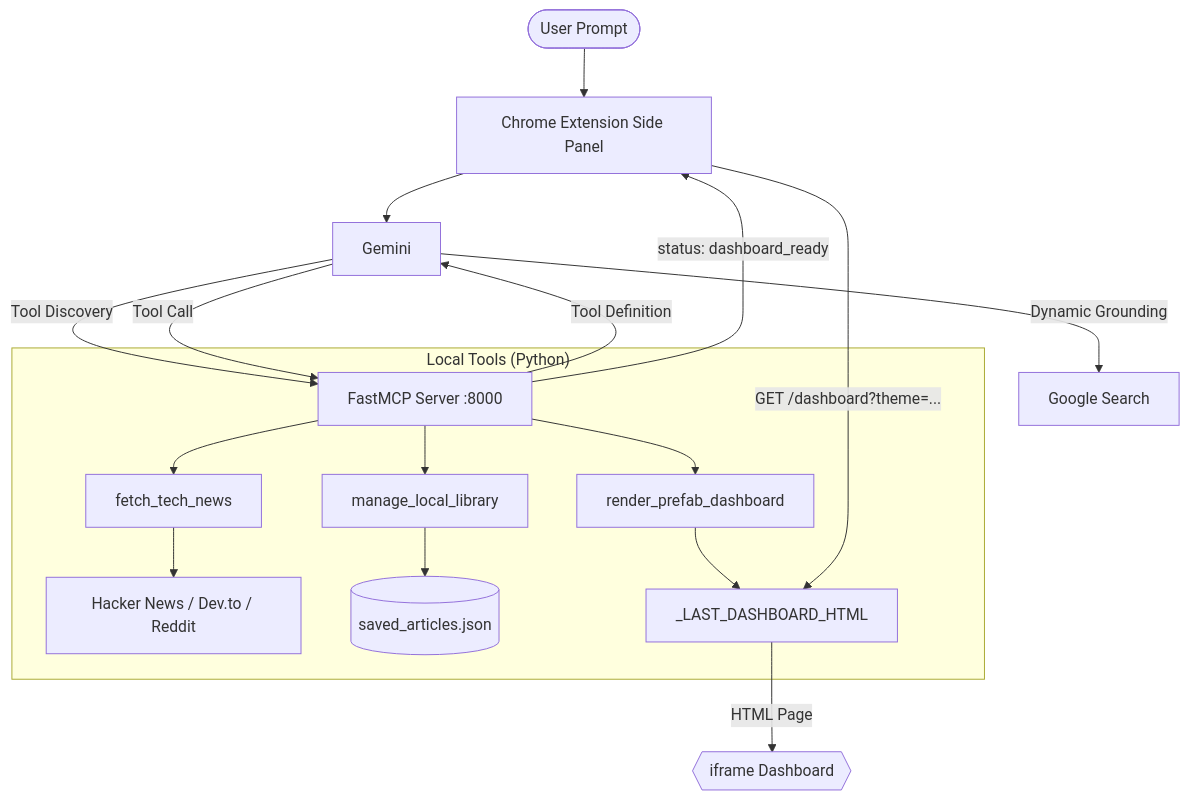
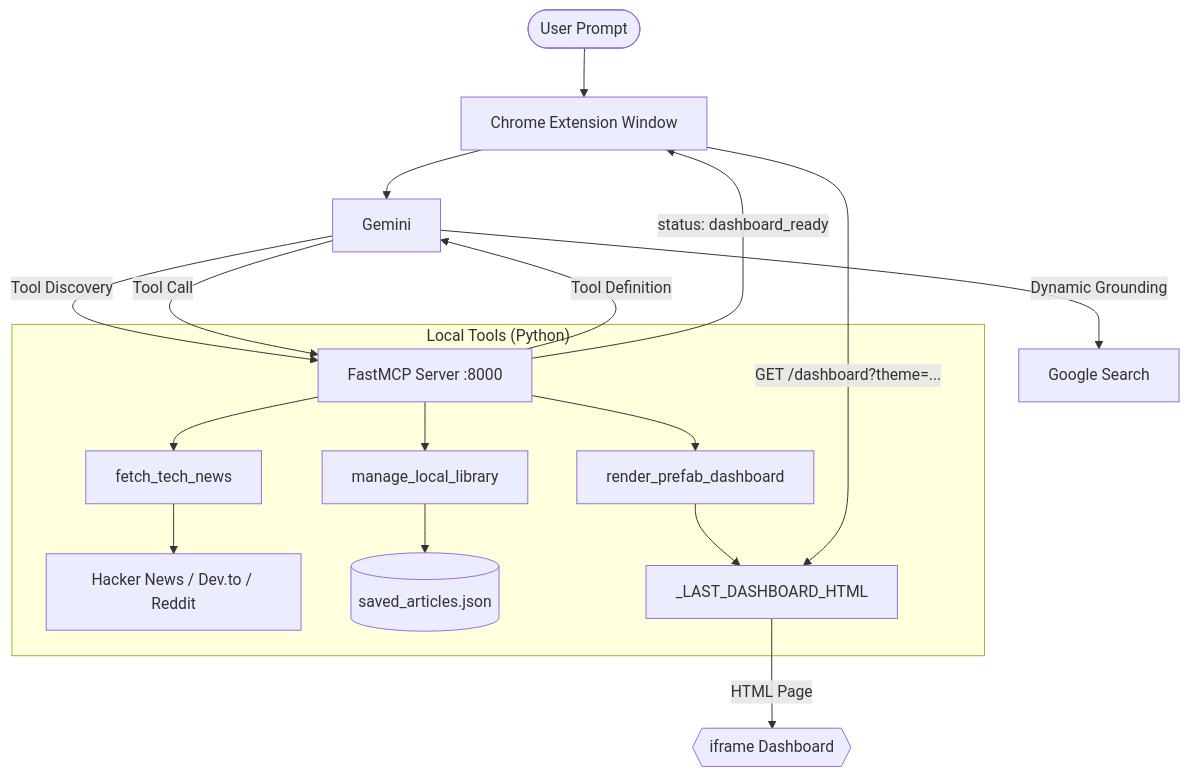
The diagram in README.md (swapniel99/intel-agent), drawn with Mermaid before and after one commit. The commit also changed other lines of this file, not shown here.

Commit message:
docs: update README to reflect transition from side panel to standalone extension window UI

````diff
--- a/README.md
+++ b/README.md
@@ -21,22 +21,22 @@
 ```mermaid
 graph TD
-    User([User Prompt]) --> Extension[Chrome Extension Side Panel]
+    User([User Prompt]) --> Extension[Chrome Extension Window]
     Extension --> Gemini
     Gemini -- Tool Discovery --> FastMCP[FastMCP Server :8000]
     FastMCP -- Tool Definition --> Gemini
 
     subgraph "Local Tools (Python)"
         FastMCP --> T1[fetch_tech_news]
         FastMCP --> T2[manage_local_library]
         FastMCP --> T3[render_prefab_dashboard]
         T1 --> HN[Hacker News / Dev.to / Reddit]
         T2 --> JSON[(saved_articles.json)]
         T3 --> Cache[_LAST_DASHBOARD_HTML]
     end
 
     Gemini -- Dynamic Grounding --> Google[Google Search]
     Gemini -- Tool Call --> FastMCP
     FastMCP -- status: dashboard_ready --> Extension
     Extension -- GET /dashboard?theme=... --> Cache
     Cache -- HTML Page --> Dashboard{{iframe Dashboard}}
 ```
````
